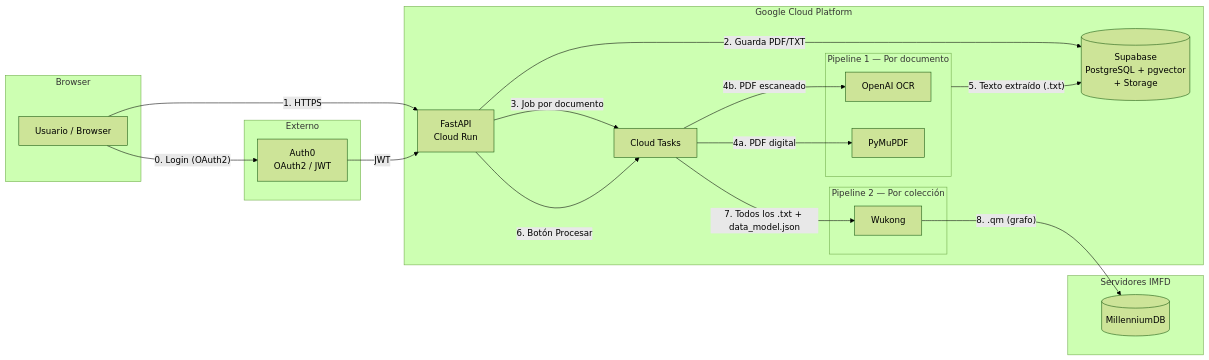
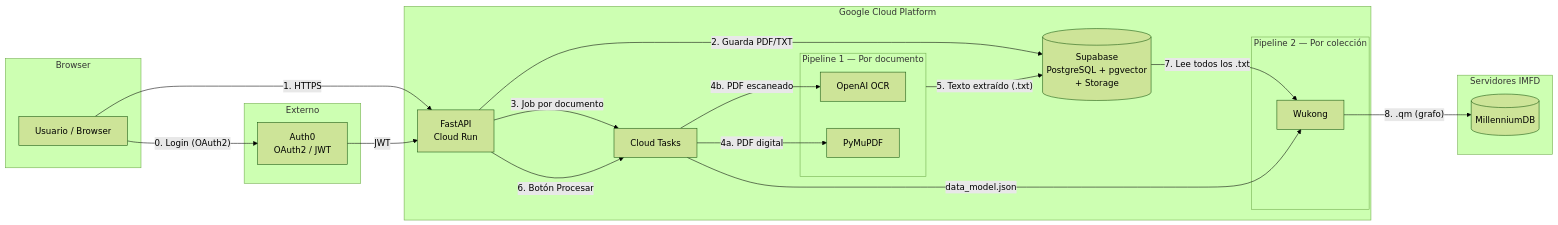
Before and after one commit to renaa-m/TallerDeIntegracion_G10: the first of 2 diagrams in README.md, drawn with Mermaid (forest theme). The commit also changed other lines of this file, not shown here.

First line of the commit message:
docs: corregir diagrama — agregar conexión Supabase→Wukong

````diff
--- a/README.md
+++ b/README.md
@@ -128,41 +137,42 @@
 ```mermaid
 graph LR
     subgraph Browser
         U[Usuario / Browser]
     end
 
     subgraph Auth0_ext ["Externo"]
         AUTH0[Auth0\nOAuth2 / JWT]
     end
 
     subgraph GCP ["Google Cloud Platform"]
         API[FastAPI\nCloud Run]
         SUPA[(Supabase\nPostgreSQL + pgvector\n+ Storage)]
         CT[Cloud Tasks]
 
         subgraph Pipeline_1 ["Pipeline 1 — Por documento"]
             OCR[OpenAI OCR]
             PYMUPDF[PyMuPDF]
         end
 
         subgraph Pipeline_2 ["Pipeline 2 — Por colección"]
             WK[Wukong]
         end
     end
 
     subgraph IMFD_servers ["Servidores IMFD"]
         MDB[(MillenniumDB)]
     end
 
     U -->|"1. HTTPS"| API
     U -->|"0. Login (OAuth2)"| AUTH0
     AUTH0 -->|"JWT"| API
     API -->|"2. Guarda PDF/TXT"| SUPA
     API -->|"3. Job por documento"| CT
     CT -->|"4a. PDF digital"| PYMUPDF
     CT -->|"4b. PDF escaneado"| OCR
     Pipeline_1 -->|"5. Texto extraído (.txt)"| SUPA
     API -->|"6. Botón Procesar"| CT
-    CT -->|"7. Todos los .txt + data_model.json"| WK
+    SUPA -->|"7. Lee todos los .txt"| WK
+    CT -->|"data_model.json"| WK
     WK -->|"8. .qm (grafo)"| MDB
 ```
````
